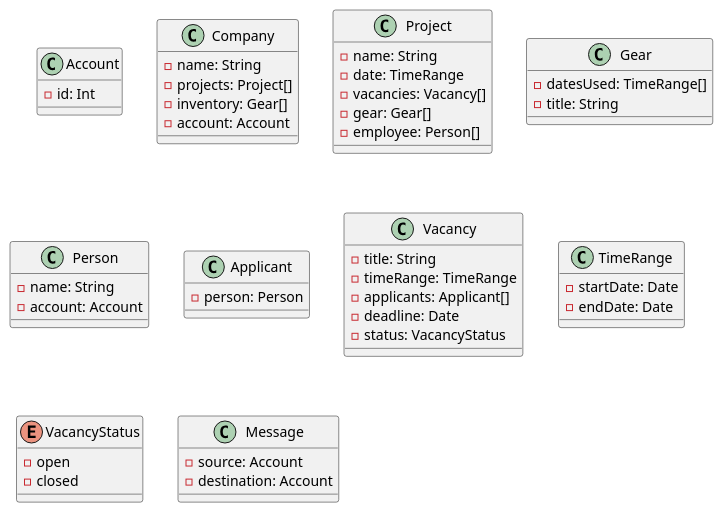
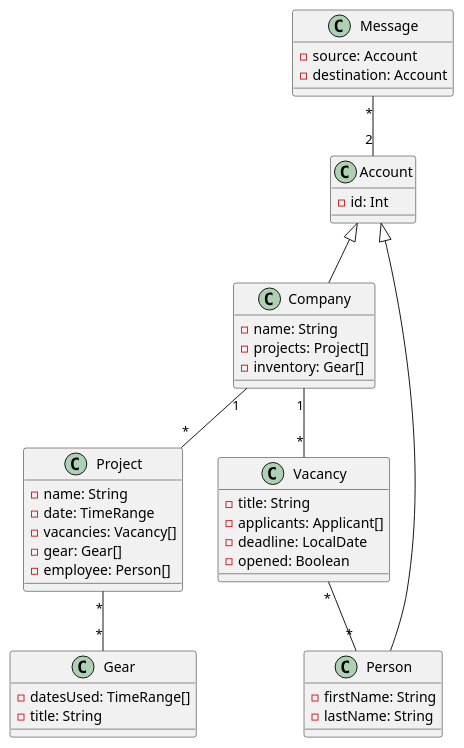
One commit to DirectorsView/documentation changed the diagram in cld/cld.puml. Above: the diagram before and after it, drawn with PlantUML.

Commit message:
rework cld

```diff
--- a/cld/cld.puml
+++ b/cld/cld.puml
@@ -1,51 +1,47 @@
 @startuml
 class Account {
 - id: Int
 }
 class Company {
 - name: String
 - projects: Project[]
 - inventory: Gear[]
-- account: Account
 }
 
 class Project {
 - name: String
 - date: TimeRange
 - vacancies: Vacancy[]
 - gear: Gear[]
 - employee: Person[]
 }
 
 class Gear {
 - datesUsed: TimeRange[]
 - title: String
 }
 
 class Person {
-- name: String
-- account: Account
-}
-class Applicant {
-- person: Person
+- firstName: String
+- lastName: String
 }
 class Vacancy {
 - title: String
-- timeRange: TimeRange
 - applicants: Applicant[]
-- deadline: Date
-- status: VacancyStatus
-}
-class TimeRange {
-- startDate: Date
-- endDate: Date
-}
-enum VacancyStatus {
-- open
-- closed
+- deadline: LocalDate
+- opened: Boolean
 }
 class Message {
 - source: Account
 - destination: Account
 }
+
+Account <|-- Company
+Account <|-- Person
+Company "1" -- "*" Project
+Company "1" -- "*" Vacancy
+Vacancy "*" -- "*"Person
+Message "*" -- "2" Account
+Project "*" -- "*" Gear
+
 @enduml
```
